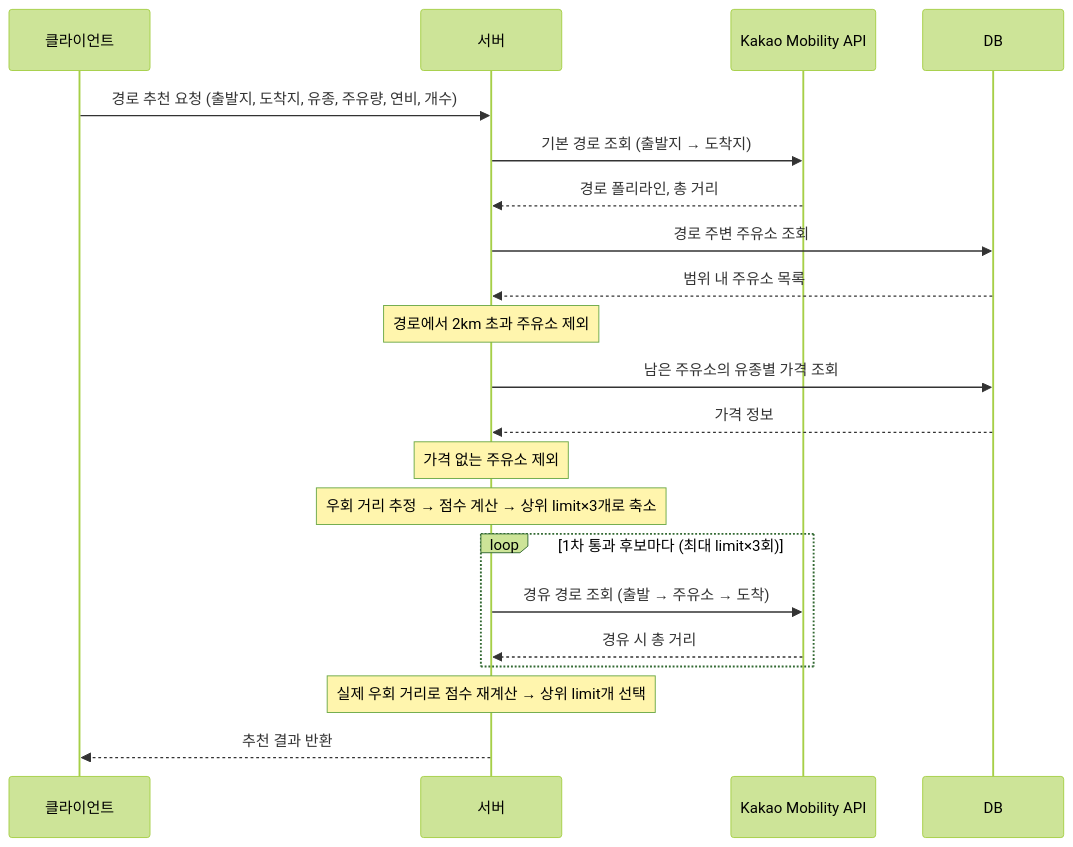
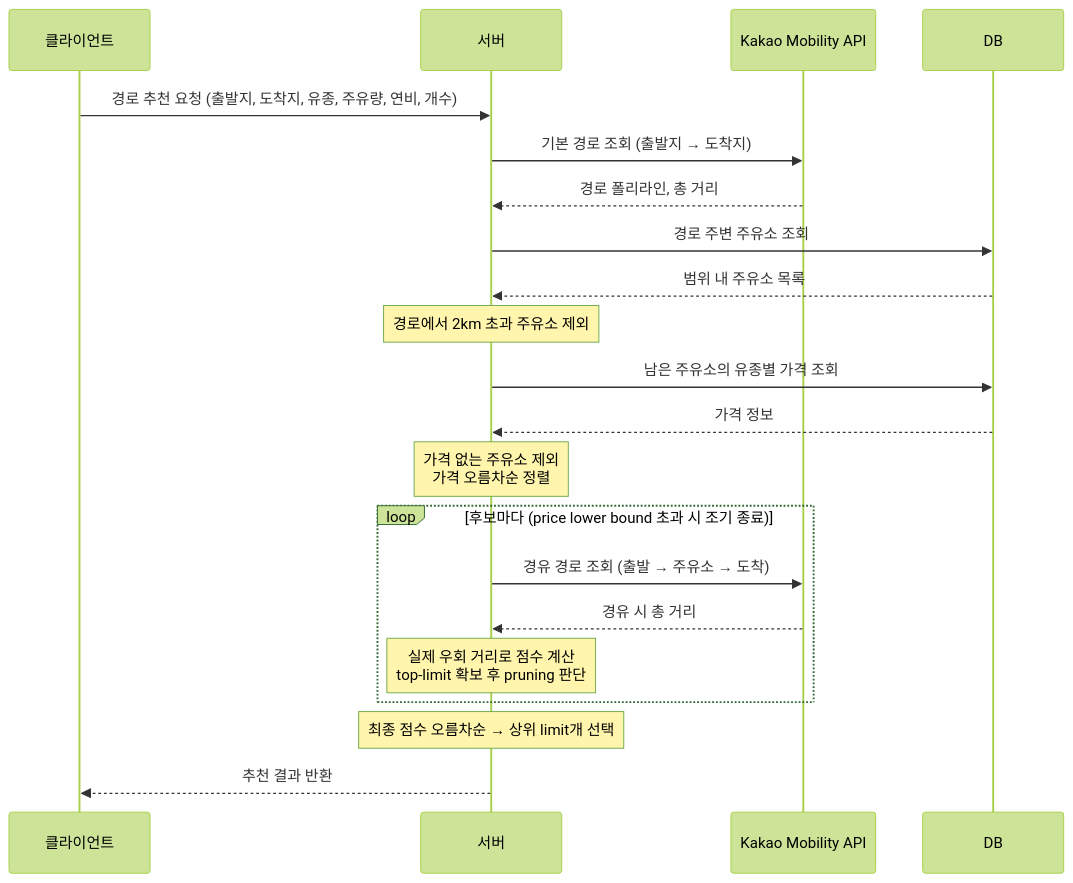
Before and after one commit to m-a-king/location-based-gas-station-recommendation: the third of 4 diagrams in docs/recommendation-flow.md, drawn with Mermaid (forest theme). The commit also changed other lines of this file, not shown here.

First line of the commit message:
docs: recommendation-flow.md를 price lower bound 알고리즘에 맞게 갱신

````diff
--- a/docs/recommendation-flow.md
+++ b/docs/recommendation-flow.md
@@ -103,29 +103,29 @@
 ```mermaid
 sequenceDiagram
     participant Client as 클라이언트
     participant Server as 서버
     participant Kakao as Kakao Mobility API
     participant DB as DB
 
     Client->>Server: 경로 추천 요청 (출발지, 도착지, 유종, 주유량, 연비, 개수)
 
     Server->>Kakao: 기본 경로 조회 (출발지 → 도착지)
     Kakao-->>Server: 경로 폴리라인, 총 거리
 
     Server->>DB: 경로 주변 주유소 조회
     DB-->>Server: 범위 내 주유소 목록
     Note over Server: 경로에서 2km 초과 주유소 제외
 
     Server->>DB: 남은 주유소의 유종별 가격 조회
     DB-->>Server: 가격 정보
-    Note over Server: 가격 없는 주유소 제외
-    Note over Server: 우회 거리 추정 → 점수 계산 → 상위 limit×3개로 축소
+    Note over Server: 가격 없는 주유소 제외<br/>가격 오름차순 정렬
 
-    loop 1차 통과 후보마다 (최대 limit×3회)
+    loop 후보마다 (price lower bound 초과 시 조기 종료)
         Server->>Kakao: 경유 경로 조회 (출발 → 주유소 → 도착)
         Kakao-->>Server: 경유 시 총 거리
+        Note over Server: 실제 우회 거리로 점수 계산<br/>top-limit 확보 후 pruning 판단
     end
 
-    Note over Server: 실제 우회 거리로 점수 재계산 → 상위 limit개 선택
+    Note over Server: 최종 점수 오름차순 → 상위 limit개 선택
     Server-->>Client: 추천 결과 반환
 ```
````
